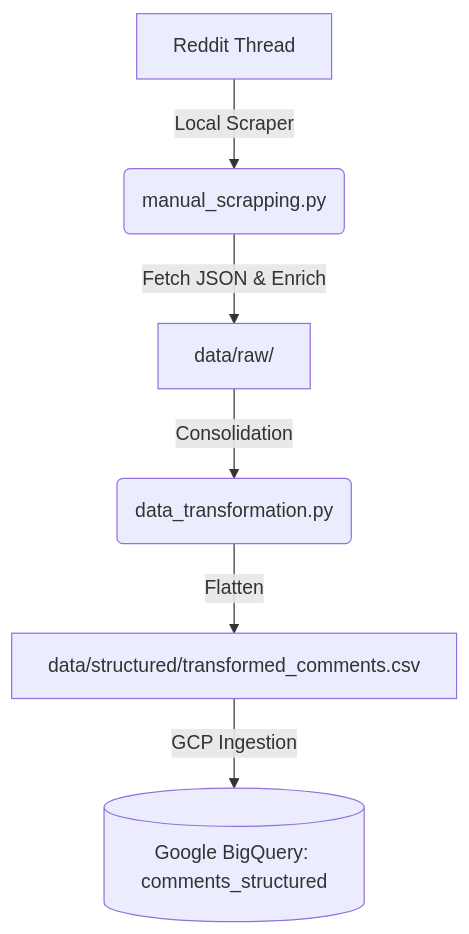
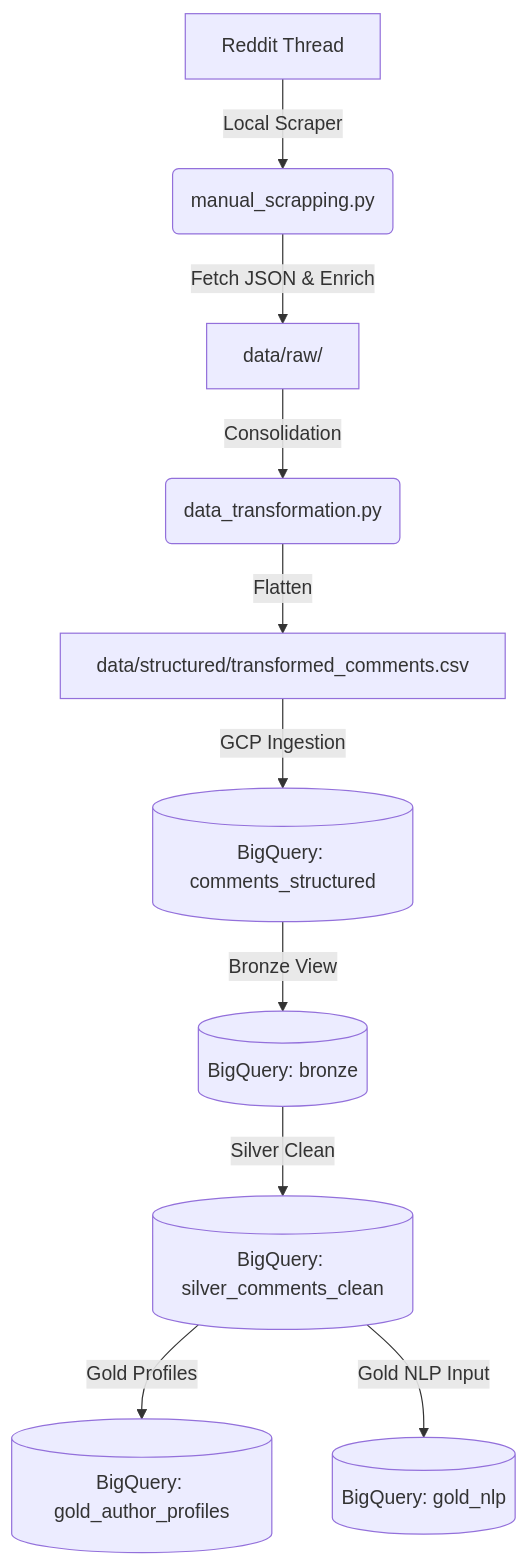
The diagram in 2-nlp-astroturfing-report/README.md (CaballeroRAR/ds_projects_collabs), drawn with Mermaid before and after one commit. The commit also changed other lines of this file, not shown here.

Commit message:
docs: Update README file detailing the NLP astroturfing analysis project's architecture, setup, usage, and data dictionary.

````diff
--- a/2-nlp-astroturfing-report/README.md
+++ b/2-nlp-astroturfing-report/README.md
@@ -9,8 +9,12 @@
 ```mermaid
 graph TD
     A[Reddit Thread] -->|Local Scraper| B(manual_scrapping.py)
     B -->|Fetch JSON & Enrich| C[data/raw/]
     C -->|Consolidation| D(data_transformation.py)
     D -->|Flatten| E[data/structured/transformed_comments.csv]
-    E -->|GCP Ingestion| F[(Google BigQuery: comments_structured)]
+    E -->|GCP Ingestion| F[(BigQuery: comments_structured)]
+    F -->|Bronze View| G[(BigQuery: bronze)]
+    G -->|Silver Clean| H[(BigQuery: silver_comments_clean)]
+    H -->|Gold Profiles| I[(BigQuery: gold_author_profiles)]
+    H -->|Gold NLP Input| J[(BigQuery: gold_nlp)]
 ```
````
